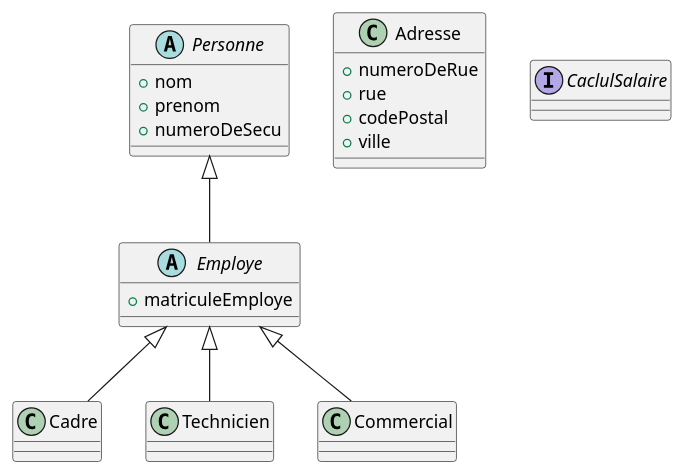
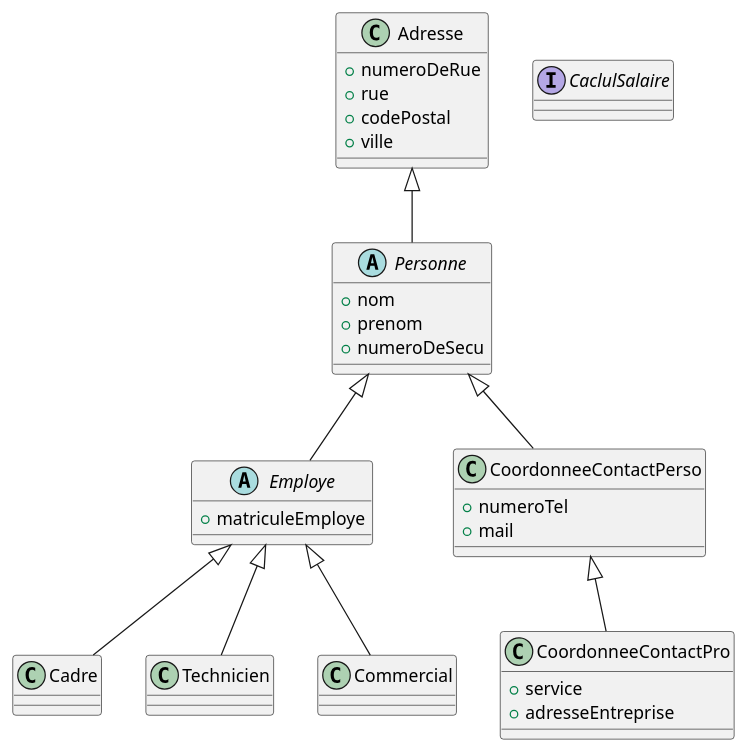
One commit to KevinLeNozer/CoursJava changed the diagram in src/TpEmploye.puml. Above: the diagram before and after it, drawn with PlantUML. The commit also changed 10 other files, not shown here.

```diff
--- a/src/TpEmploye.puml
+++ b/src/TpEmploye.puml
@@ -1,37 +1,47 @@
 @startuml
 'https://plantuml.com/class-diagram
 
-abstract class Personne {
+abstract class Personne extends Adresse {
     +nom
     +prenom
     +numeroDeSecu
 }
 
 class Adresse {
     +numeroDeRue
     +rue
     +codePostal
     +ville
 }
 
 abstract class Employe extends Personne {
     +matriculeEmploye
 }
 
 class Cadre extends Employe{
 
 }
 
 class Technicien extends Employe{
 
 }
 
 class Commercial extends Employe{
 
 }
 
+class CoordonneeContactPerso extends Personne{
+    +numeroTel
+    +mail
+}
+
+class CoordonneeContactPro extends CoordonneeContactPerso {
+    +service
+    +adresseEntreprise
+}
+
 interface CaclulSalaire {
 
 }
 
 @enduml
```
